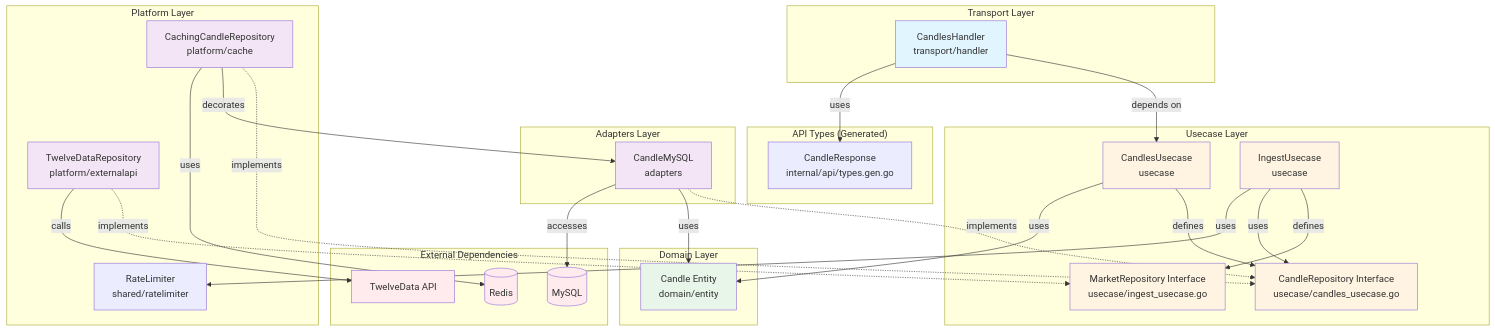
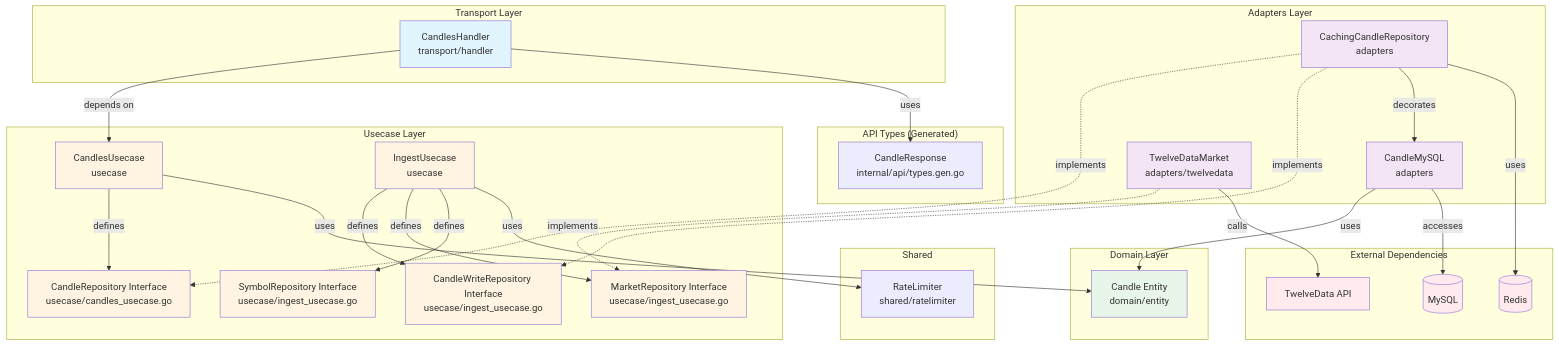
One commit to UCHIDAnobuhiro/stock_backend changed the third of 3 diagrams in internal/feature/candles/README.md. Above: the diagram before and after it, drawn with Mermaid. The commit also changed other lines of this file and 4 other files, not shown here.

````diff
--- a/internal/feature/candles/README.md
+++ b/internal/feature/candles/README.md
@@ -173,66 +173,71 @@
 ```mermaid
 graph TB
     subgraph "Transport Layer"
         Handler[CandlesHandler<br/>transport/handler]
     end
 
     subgraph "API Types (Generated)"
         APITypes[CandleResponse<br/>internal/api/types.gen.go]
     end
 
     subgraph "Usecase Layer"
         CandlesUC[CandlesUsecase<br/>usecase]
         IngestUC[IngestUsecase<br/>usecase]
-        RepoInterface[CandleRepository Interface<br/>usecase/candles_usecase.go]
+        ReadInterface[CandleRepository Interface<br/>usecase/candles_usecase.go]
+        WriteInterface[CandleWriteRepository Interface<br/>usecase/ingest_usecase.go]
         MarketInterface[MarketRepository Interface<br/>usecase/ingest_usecase.go]
+        SymbolInterface[SymbolRepository Interface<br/>usecase/ingest_usecase.go]
     end
 
     subgraph "Domain Layer"
         Entity[Candle Entity<br/>domain/entity]
     end
 
     subgraph "Adapters Layer"
         RepoImpl[CandleMySQL<br/>adapters]
+        Cache[CachingCandleRepository<br/>adapters]
+        TwelveData[TwelveDataMarket<br/>adapters/twelvedata]
     end
 
-    subgraph "Platform Layer"
-        Cache[CachingCandleRepository<br/>platform/cache]
-        TwelveData[TwelveDataRepository<br/>platform/externalapi]
+    subgraph "Shared"
         RateLimiter[RateLimiter<br/>shared/ratelimiter]
     end
 
     subgraph "External Dependencies"
         DB[(MySQL)]
         Redis[(Redis)]
         API[TwelveData API]
     end
 
     Handler -->|depends on| CandlesUC
     Handler -->|uses| APITypes
-    CandlesUC -->|defines| RepoInterface
+    CandlesUC -->|defines| ReadInterface
     CandlesUC -->|uses| Entity
+    IngestUC -->|defines| WriteInterface
     IngestUC -->|defines| MarketInterface
-    IngestUC -->|uses| RepoInterface
+    IngestUC -->|defines| SymbolInterface
     IngestUC -->|uses| RateLimiter
-    Cache -.->|implements| RepoInterface
+    Cache -.->|implements| ReadInterface
+    Cache -.->|implements| WriteInterface
     Cache -->|decorates| RepoImpl
     Cache -->|uses| Redis
-    RepoImpl -.->|implements| RepoInterface
     RepoImpl -->|uses| Entity
     RepoImpl -->|accesses| DB
     TwelveData -.->|implements| MarketInterface
     TwelveData -->|calls| API
 
     style Handler fill:#e1f5ff
     style CandlesUC fill:#fff4e1
     style IngestUC fill:#fff4e1
     style Entity fill:#e8f5e9
-    style RepoInterface fill:#fff4e1
+    style ReadInterface fill:#fff4e1
+    style WriteInterface fill:#fff4e1
     style MarketInterface fill:#fff4e1
+    style SymbolInterface fill:#fff4e1
     style RepoImpl fill:#f3e5f5
     style Cache fill:#f3e5f5
     style TwelveData fill:#f3e5f5
     style DB fill:#ffebee
     style Redis fill:#ffebee
     style API fill:#ffebee
 ```
````
